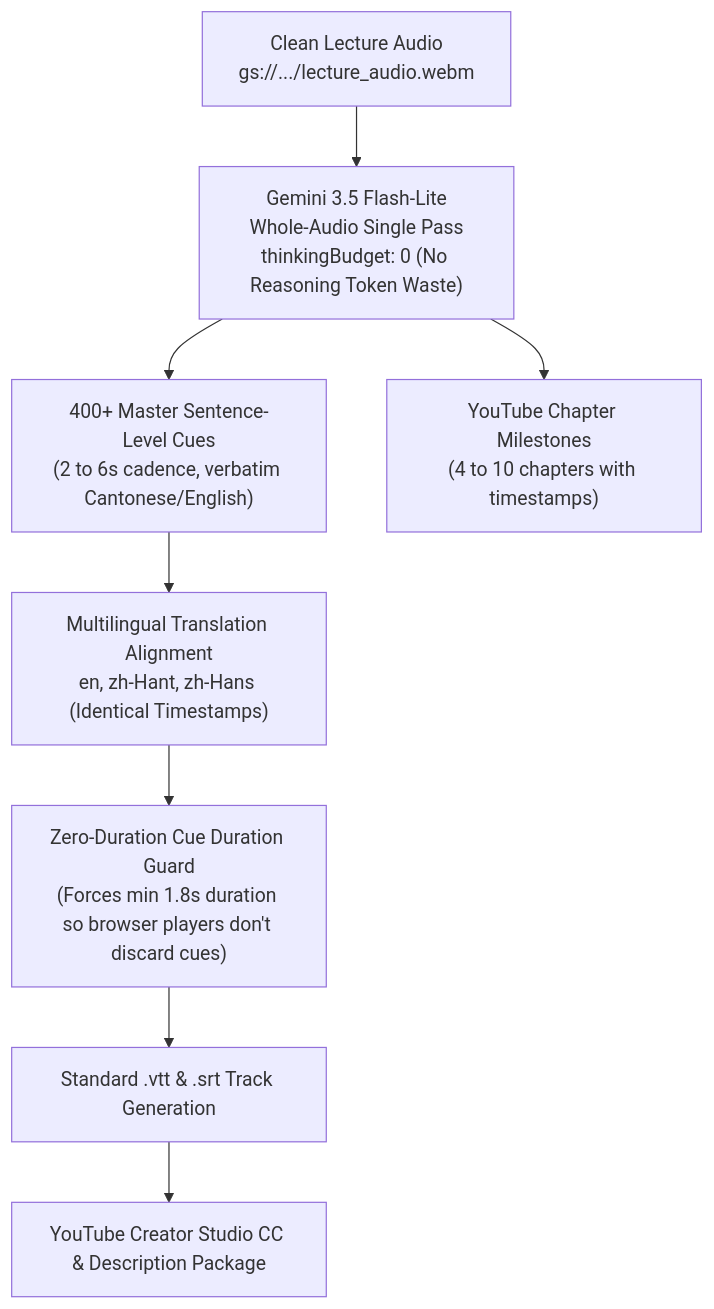
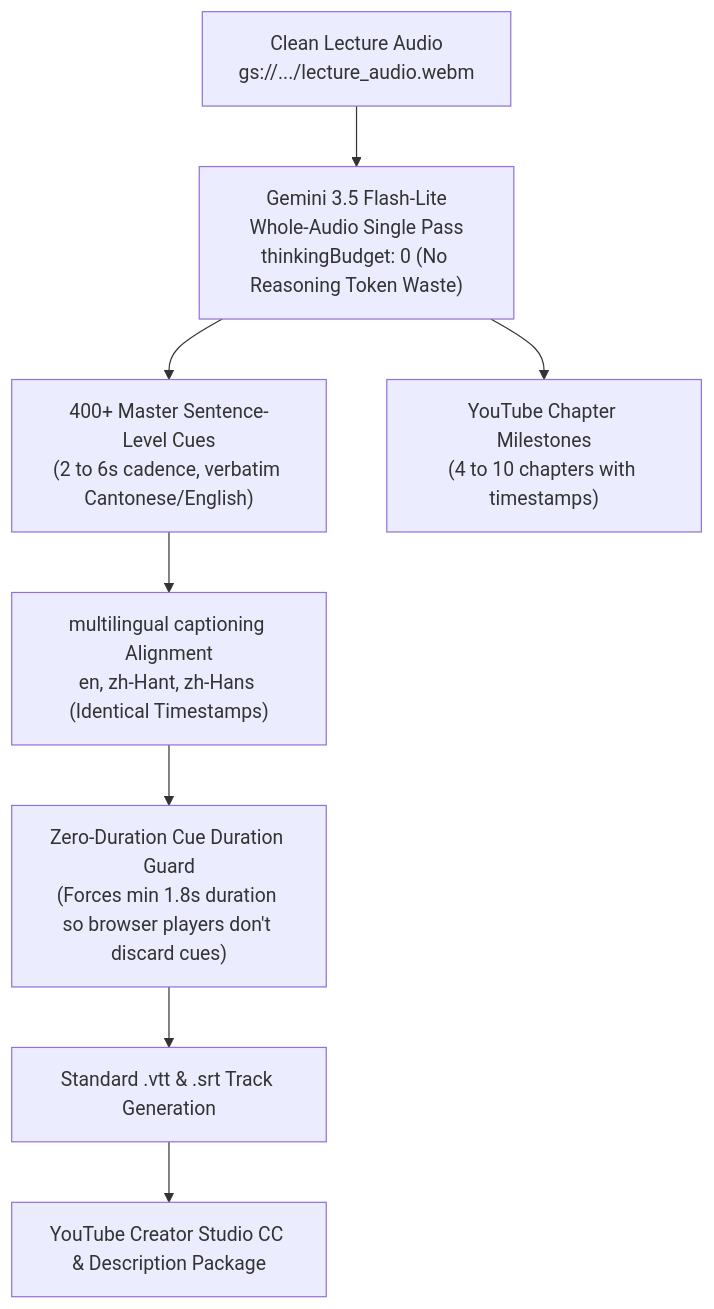
One commit to wongcyrus/Google-AI-Classroom changed the third of 7 diagrams in docs/teacher-lecture-recording-and-youtube-workflow.md. Above: the diagram before and after it, drawn with Mermaid. The commit also changed other lines of this file and 44 other files, not shown here.

````diff
--- a/docs/teacher-lecture-recording-and-youtube-workflow.md
+++ b/docs/teacher-lecture-recording-and-youtube-workflow.md
@@ -398,10 +398,10 @@
 ```mermaid
 flowchart TD
     A["Clean Lecture Audio<br/>gs://.../lecture_audio.webm"] --> B["Gemini 3.5 Flash-Lite<br/>Whole-Audio Single Pass<br/>thinkingBudget: 0 (No Reasoning Token Waste)"]
     B --> C["400+ Master Sentence-Level Cues<br/>(2 to 6s cadence, verbatim Cantonese/English)"]
     B --> D["YouTube Chapter Milestones<br/>(4 to 10 chapters with timestamps)"]
-    C --> E["Multilingual Translation Alignment<br/>en, zh-Hant, zh-Hans (Identical Timestamps)"]
+    C --> E["multilingual captioning Alignment<br/>en, zh-Hant, zh-Hans (Identical Timestamps)"]
     E --> F["Zero-Duration Cue Duration Guard<br/>(Forces min 1.8s duration so browser players don't discard cues)"]
     F --> G["Standard .vtt & .srt Track Generation"]
     G --> H["YouTube Creator Studio CC & Description Package"]
 ```
````
